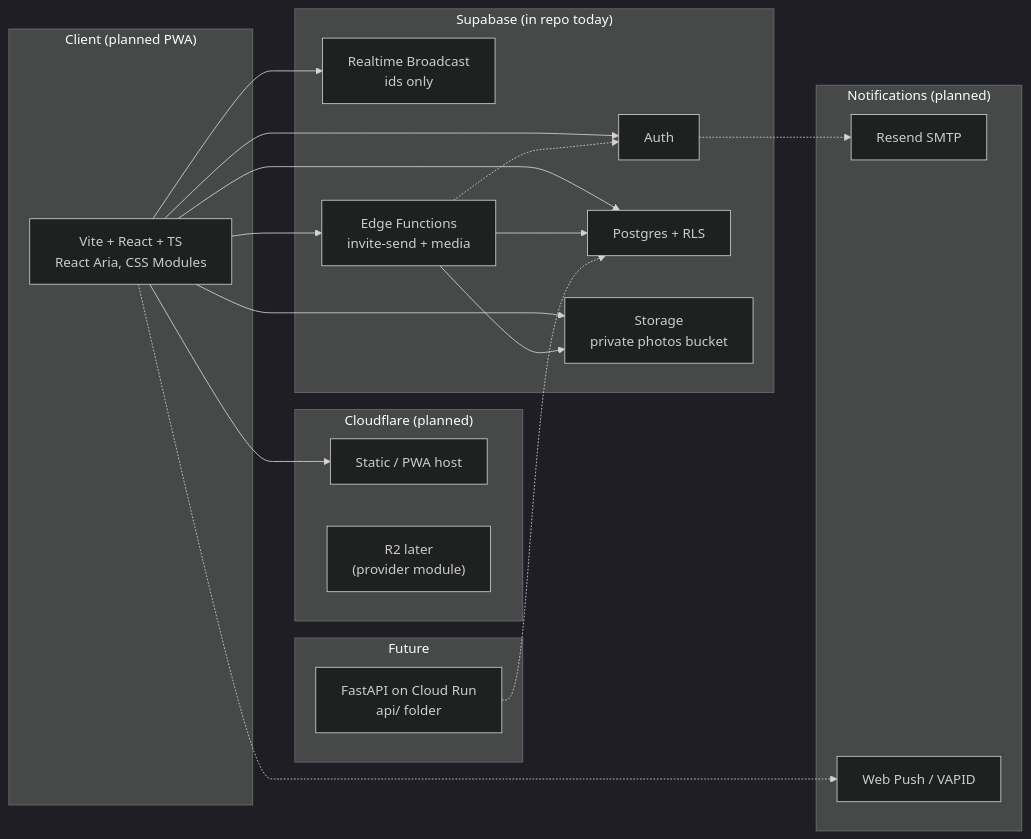
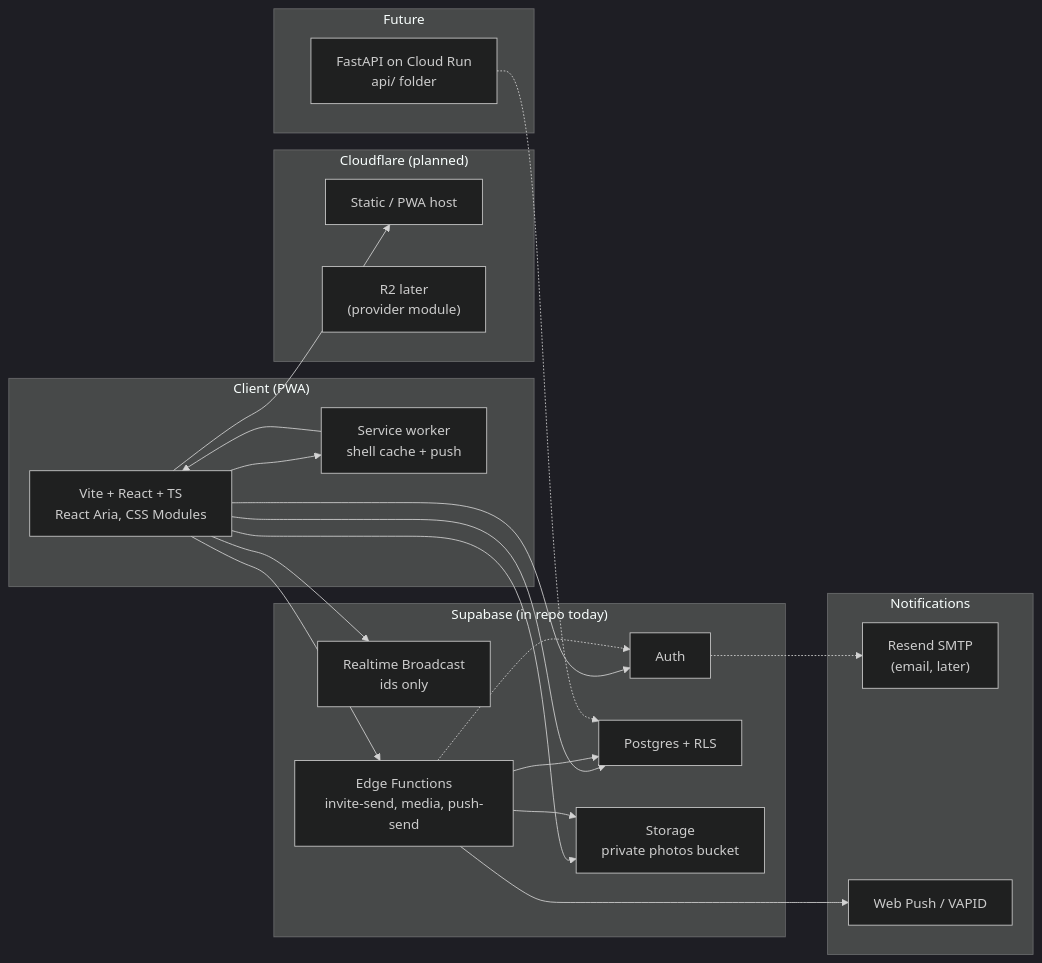
One commit to naftalib/stay_in_touch changed the first of 4 diagrams in docs/architecture.md. Above: the diagram before and after it, drawn with Mermaid (dark theme). The commit also changed other lines of this file and 98 other files, not shown here.

First line of the commit message:
Add the installable app, web push, and offline drafts.

````diff
--- a/docs/architecture.md
+++ b/docs/architecture.md
@@ -7,36 +7,39 @@
 ```mermaid
 flowchart LR
-  subgraph client["Client (planned PWA)"]
+  subgraph client["Client (PWA)"]
     Web["Vite + React + TS<br/>React Aria, CSS Modules"]
+    SW["Service worker<br/>shell cache + push"]
   end
   subgraph cf["Cloudflare (planned)"]
     Pages["Static / PWA host"]
     R2["R2 later<br/>(provider module)"]
   end
   subgraph supa["Supabase (in repo today)"]
     Auth["Auth"]
     PG["Postgres + RLS"]
     ST["Storage<br/>private photos bucket"]
     RT["Realtime Broadcast<br/>ids only"]
-    EF["Edge Functions<br/>invite-send + media"]
+    EF["Edge Functions<br/>invite-send, media, push-send"]
   end
-  subgraph notify["Notifications (planned)"]
-    Resend["Resend SMTP"]
+  subgraph notify["Notifications"]
+    Resend["Resend SMTP<br/>(email, later)"]
     Push["Web Push / VAPID"]
   end
   subgraph future["Future"]
     API["FastAPI on Cloud Run<br/>api/ folder"]
   end
   Web --> Pages
   Web --> Auth
   Web --> PG
   Web --> ST
   Web --> RT
   Web --> EF
   EF --> ST
   EF --> PG
   EF -.-> Auth
   Auth -.-> Resend
-  Web -.-> Push
+  Web --> SW
+  EF --> Push
+  SW --> Web
   API -.-> PG
 ```
````
